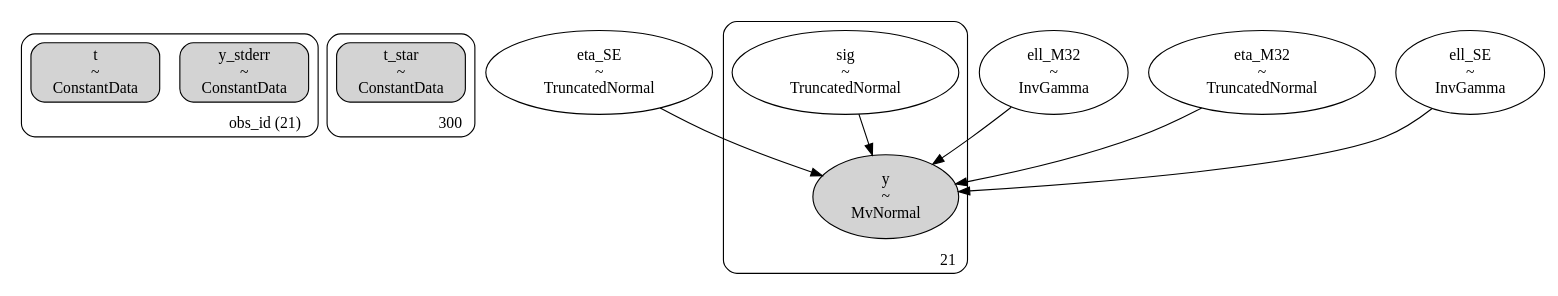
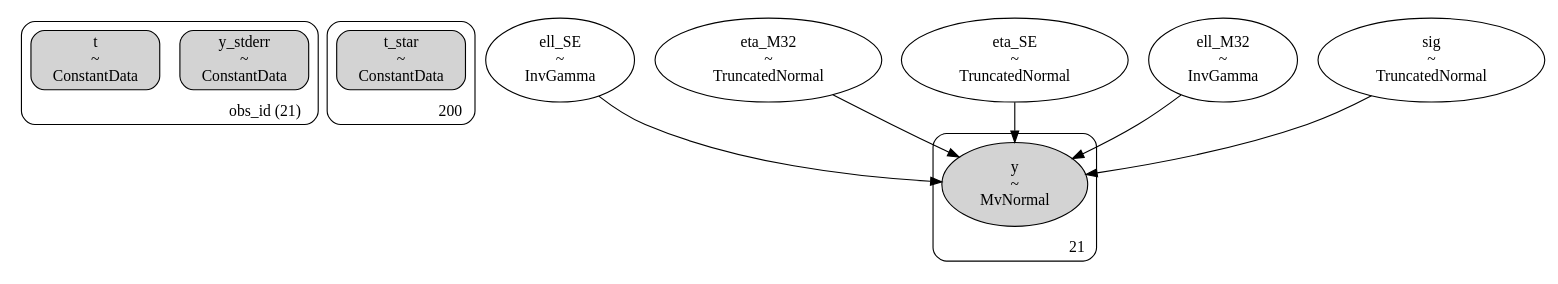
The diagram in dags/428_ra236.530_dec-46.922_4U1543TraPDB_andersson_gpSE_gpM32_dag.dot (shihchingfu/gp-sandbox-thunderkat), drawn with Graphviz before and after one commit. The commit also changed 13 other files, not shown here.

```diff
--- a/dags/428_ra236.530_dec-46.922_4U1543TraPDB_andersson_gpSE_gpM32_dag.dot
+++ b/dags/428_ra236.530_dec-46.922_4U1543TraPDB_andersson_gpSE_gpM32_dag.dot
@@ -1,43 +1,43 @@
 digraph {
 	subgraph "clusterobs_id (21)" {
 		y_stderr [label="y_stderr
 ~
 ConstantData" shape=box style="rounded, filled"]
 		t [label="t
 ~
 ConstantData" shape=box style="rounded, filled"]
 		label="obs_id (21)" labeljust=r labelloc=b style=rounded
 	}
-	subgraph cluster300 {
+	subgraph cluster200 {
 		t_star [label="t_star
 ~
 ConstantData" shape=box style="rounded, filled"]
-		label=300 labeljust=r labelloc=b style=rounded
+		label=200 labeljust=r labelloc=b style=rounded
 	}
+	ell_SE [label="ell_SE
+~
+InvGamma" shape=ellipse]
+	eta_M32 [label="eta_M32
+~
+TruncatedNormal" shape=ellipse]
 	eta_SE [label="eta_SE
 ~
 TruncatedNormal" shape=ellipse]
 	ell_M32 [label="ell_M32
 ~
 InvGamma" shape=ellipse]
-	eta_M32 [label="eta_M32
+	sig [label="sig
 ~
 TruncatedNormal" shape=ellipse]
-	ell_SE [label="ell_SE
-~
-InvGamma" shape=ellipse]
 	subgraph cluster21 {
-		sig [label="sig
-~
-TruncatedNormal" shape=ellipse]
 		y [label="y
 ~
 MvNormal" shape=ellipse style=filled]
 		label=21 labeljust=r labelloc=b style=rounded
 	}
+	ell_SE -> y
+	eta_M32 -> y
+	ell_M32 -> y
 	eta_SE -> y
-	ell_M32 -> y
-	eta_M32 -> y
-	ell_SE -> y
 	sig -> y
 }
```
